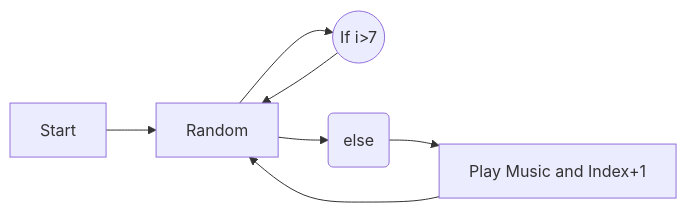
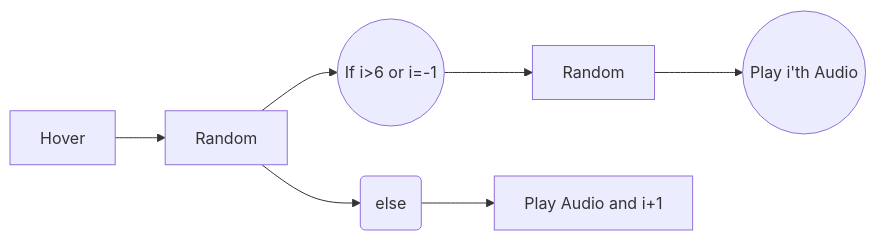
Before and after one commit to anmolkys/tiles: the diagram in README.md, drawn with Mermaid. The commit also changed other lines of this file, not shown here.

````diff
--- a/README.md
+++ b/README.md
@@ -24,13 +56,15 @@
 ```mermaid
 graph LR
-A[Start]
+A[Hover]
+Y((Play i'th Audio))
 X[Random]
-B((If i>7))
-D[Play Music and  Index+1]
+Z[Random]
+B((If i>6 or i=-1))
+D[Play Audio and  i+1]
 A --> X
 X --> B
-B --> X 
+B --> Z
+Z --> Y
 X --> C(else)
 C --> D
-D --> X
 ```
````
